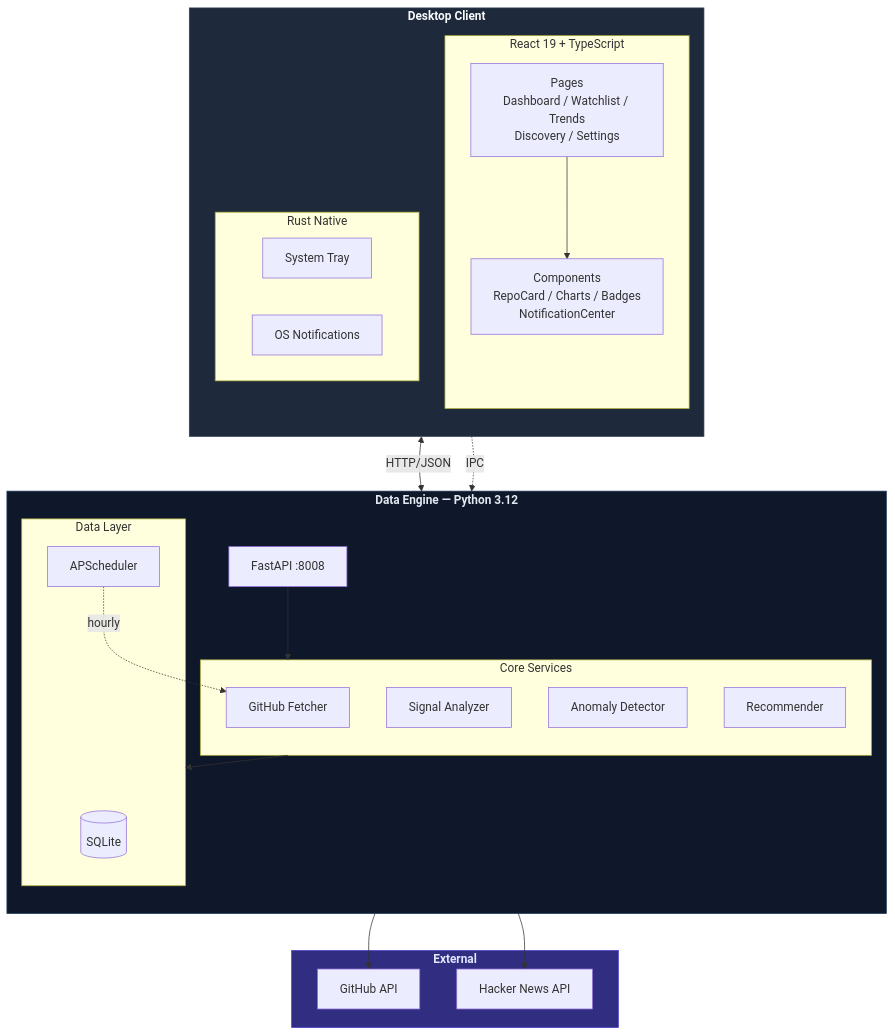
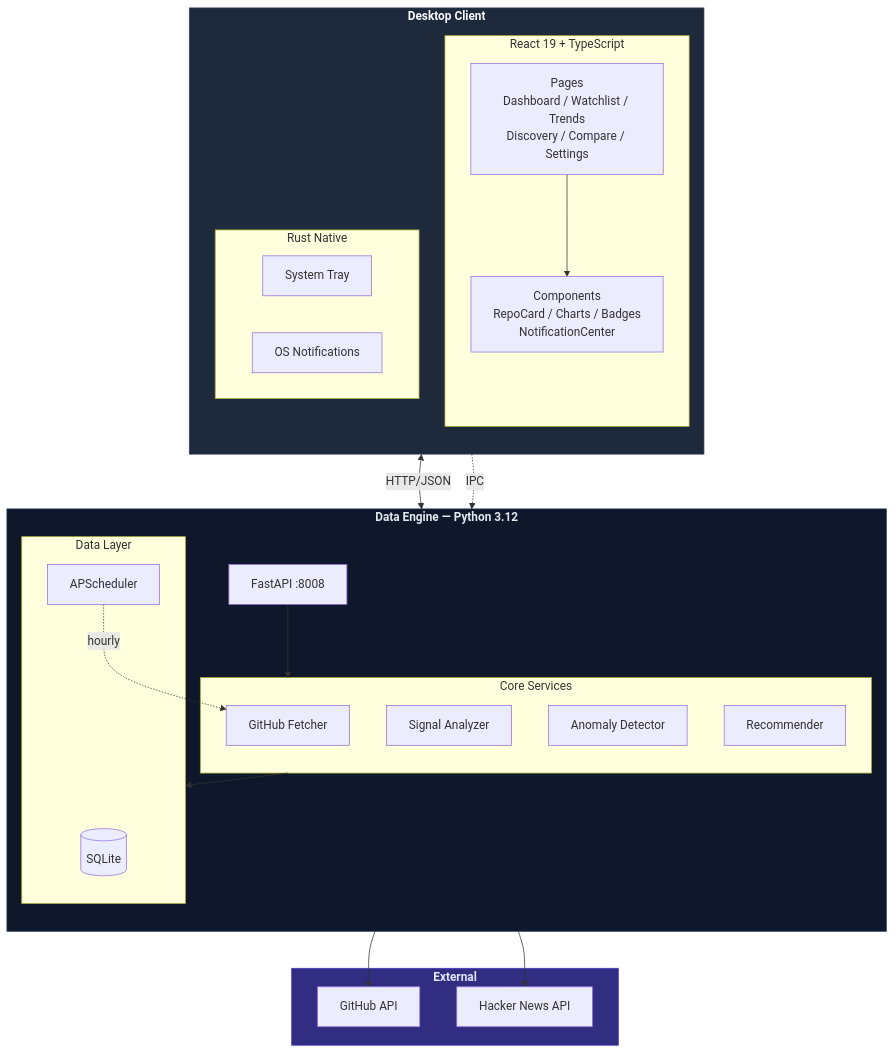
The second of 2 diagrams in README.md (Neal75418/StarScope), drawn with Mermaid before and after one commit. The commit also changed other lines of this file and 2 other files, not shown here.

````diff
--- a/README.md
+++ b/README.md
@@ -78,52 +78,52 @@
 ```mermaid
 graph TB
     subgraph Desktop["Desktop Client"]
         direction TB
         subgraph UI["React 19 + TypeScript"]
-            Pages["Pages\nDashboard / Watchlist / Trends\nDiscovery / Settings"]
+            Pages["Pages\nDashboard / Watchlist / Trends\nDiscovery / Compare / Settings"]
             Components["Components\nRepoCard / Charts / Badges\nNotificationCenter"]
         end
         subgraph Native["Rust Native"]
             Tray["System Tray"]
             Notify["OS Notifications"]
         end
         Pages --> Components
     end
 
     subgraph Engine["Data Engine — Python 3.12"]
         direction TB
         API["FastAPI :8008"]
         subgraph Services["Core Services"]
             Fetch["GitHub Fetcher"]
             Analyze["Signal Analyzer"]
             Detect["Anomaly Detector"]
             Recommend["Recommender"]
         end
         subgraph Data["Data Layer"]
             DB[("SQLite")]
             Sched["APScheduler"]
         end
         API --> Services
         Services --> Data
         Sched -.->|hourly| Fetch
     end
 
     subgraph Ext["External"]
         GH["GitHub API"]
         HN["Hacker News API"]
     end
 
     Components <-->|HTTP/JSON| API
     Native -.->|IPC| API
     Fetch --> GH
     Analyze --> HN
 
     classDef desktop fill:#1e293b,stroke:#334155,color:#f8fafc,font-weight:bold
     classDef engine fill:#0f172a,stroke:#1e3a5f,color:#e2e8f0,font-weight:bold
     classDef ext fill:#312e81,stroke:#4338ca,color:#e0e7ff,font-weight:bold
     classDef node_default fill:#1e40af,stroke:#1d4ed8,color:#fff
 
     class Desktop desktop
     class Engine engine
     class Ext ext
 ```
````
